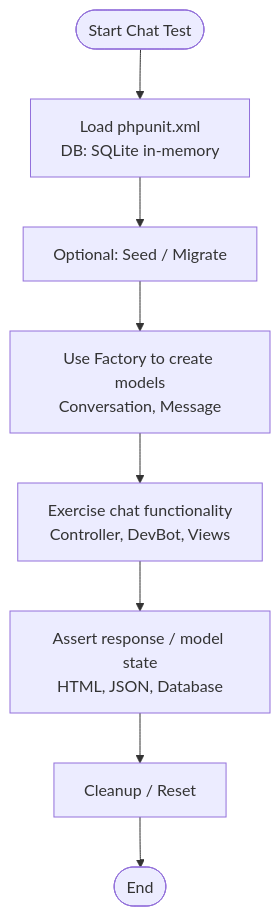
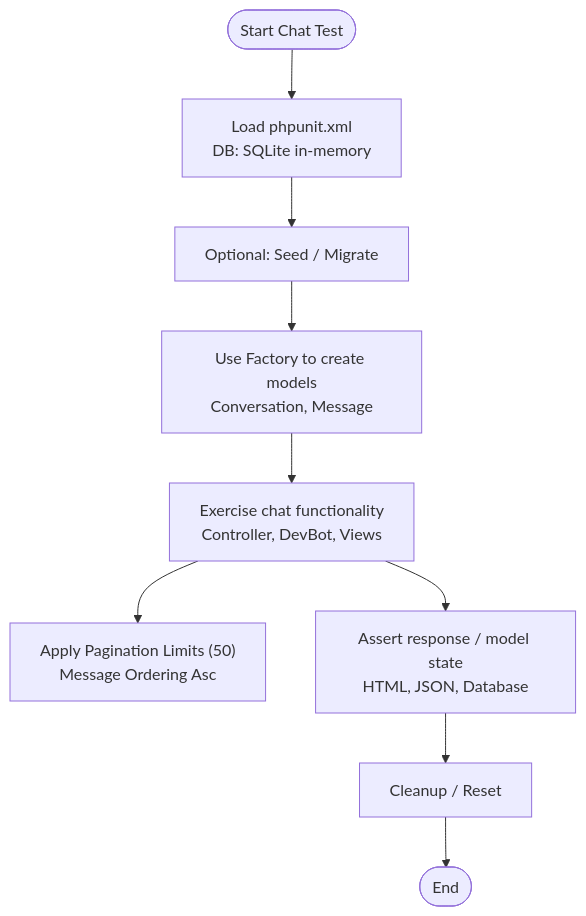
Before and after one commit to siimliimand/laravel-assistant: the third of 7 diagrams in .qoder/repowiki/en/content/Testing Infrastructure/Testing Infrastructure.md, drawn with Mermaid. The commit also changed other lines of this file and 7 other files, not shown here.

````diff
--- a/.qoder/repowiki/en/content/Testing Infrastructure/Testing Infrastructure.md
+++ b/.qoder/repowiki/en/content/Testing Infrastructure/Testing Infrastructure.md
@@ -275,10 +389,11 @@
 ```mermaid
 flowchart TD
 Start(["Start Chat Test"]) --> LoadConfig["Load phpunit.xml<br/>DB: SQLite in-memory"]
 LoadConfig --> Seed["Optional: Seed / Migrate"]
 Seed --> CreateFactory["Use Factory to create models<br/>Conversation, Message"]
 CreateFactory --> Exercise["Exercise chat functionality<br/>Controller, DevBot, Views"]
+Exercise --> Pagination["Apply Pagination Limits (50)<br/>Message Ordering Asc"]
 Exercise --> Assert["Assert response / model state<br/>HTML, JSON, Database"]
 Assert --> Cleanup["Cleanup / Reset"]
 Cleanup --> End(["End"])
 ```
````
